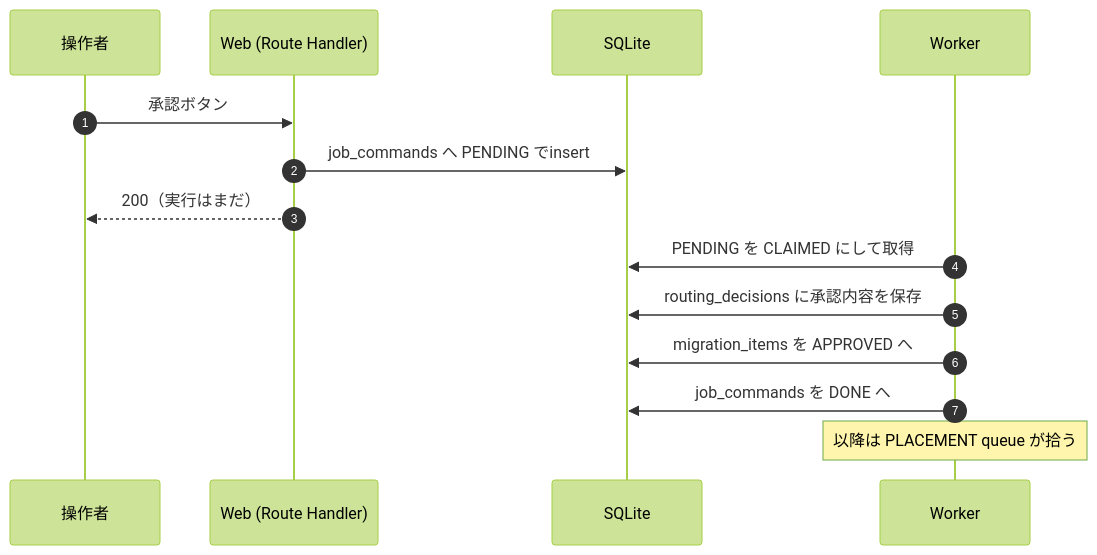
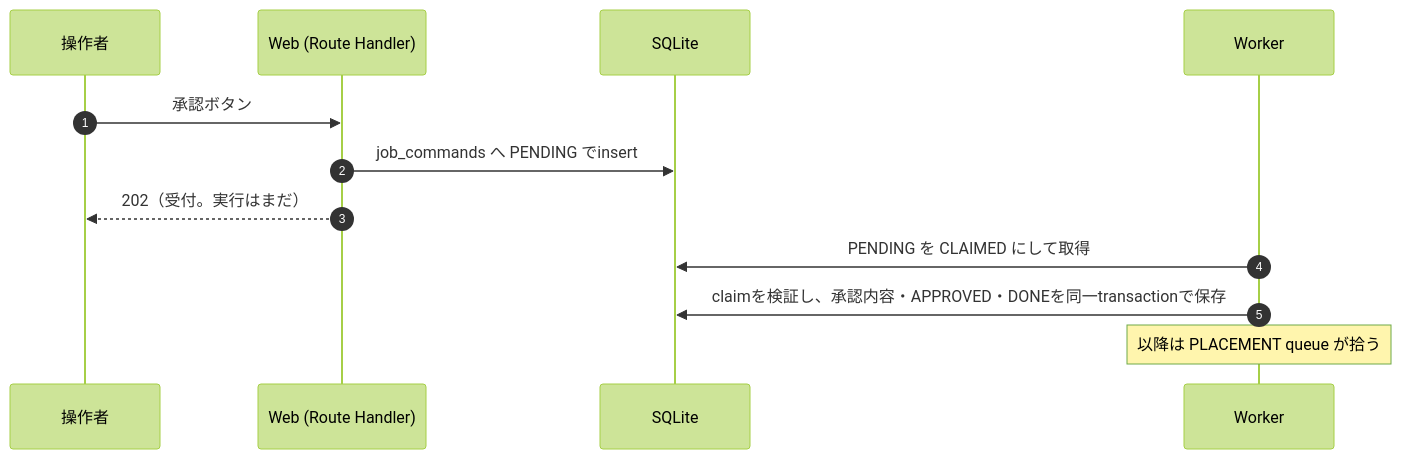
The sixth of 6 diagrams in docs/data-model.md (moodblu3-sys/shuttle-lite), drawn with Mermaid (forest theme) before and after one commit. The commit also changed other lines of this file and 12 other files, not shown here.

````diff
--- a/docs/data-model.md
+++ b/docs/data-model.md
@@ -304,17 +325,15 @@
 ```mermaid
 sequenceDiagram
   autonumber
   participant H as 操作者
   participant W as Web (Route Handler)
   participant D as SQLite
   participant K as Worker
 
   H->>W: 承認ボタン
   W->>D: job_commands へ PENDING でinsert
-  W-->>H: 200（実行はまだ）
+  W-->>H: 202（受付。実行はまだ）
   K->>D: PENDING を CLAIMED にして取得
-  K->>D: routing_decisions に承認内容を保存
-  K->>D: migration_items を APPROVED へ
-  K->>D: job_commands を DONE へ
+  K->>D: claimを検証し、承認内容・APPROVED・DONEを同一transactionで保存
   Note over K: 以降は PLACEMENT queue が拾う
 ```
````
